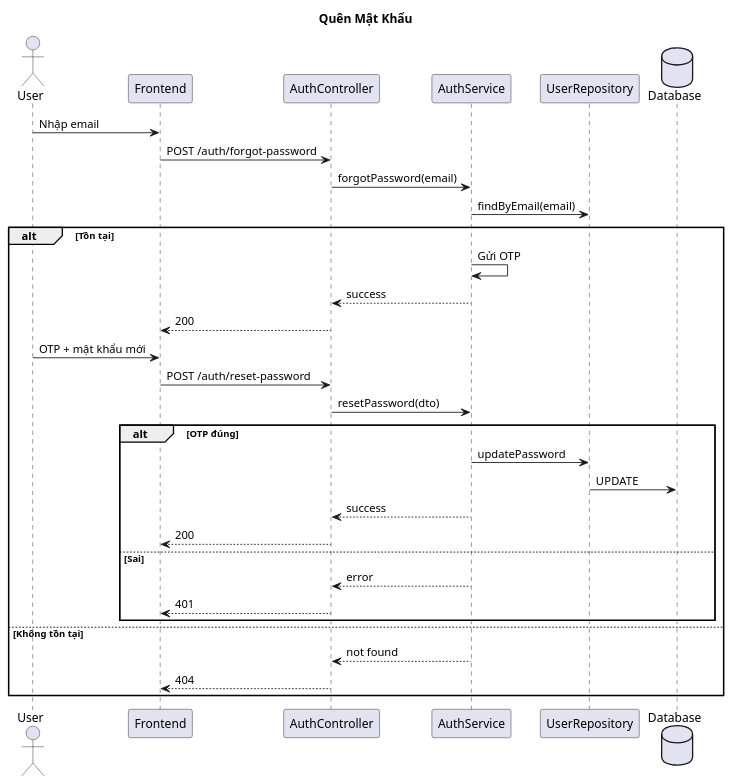
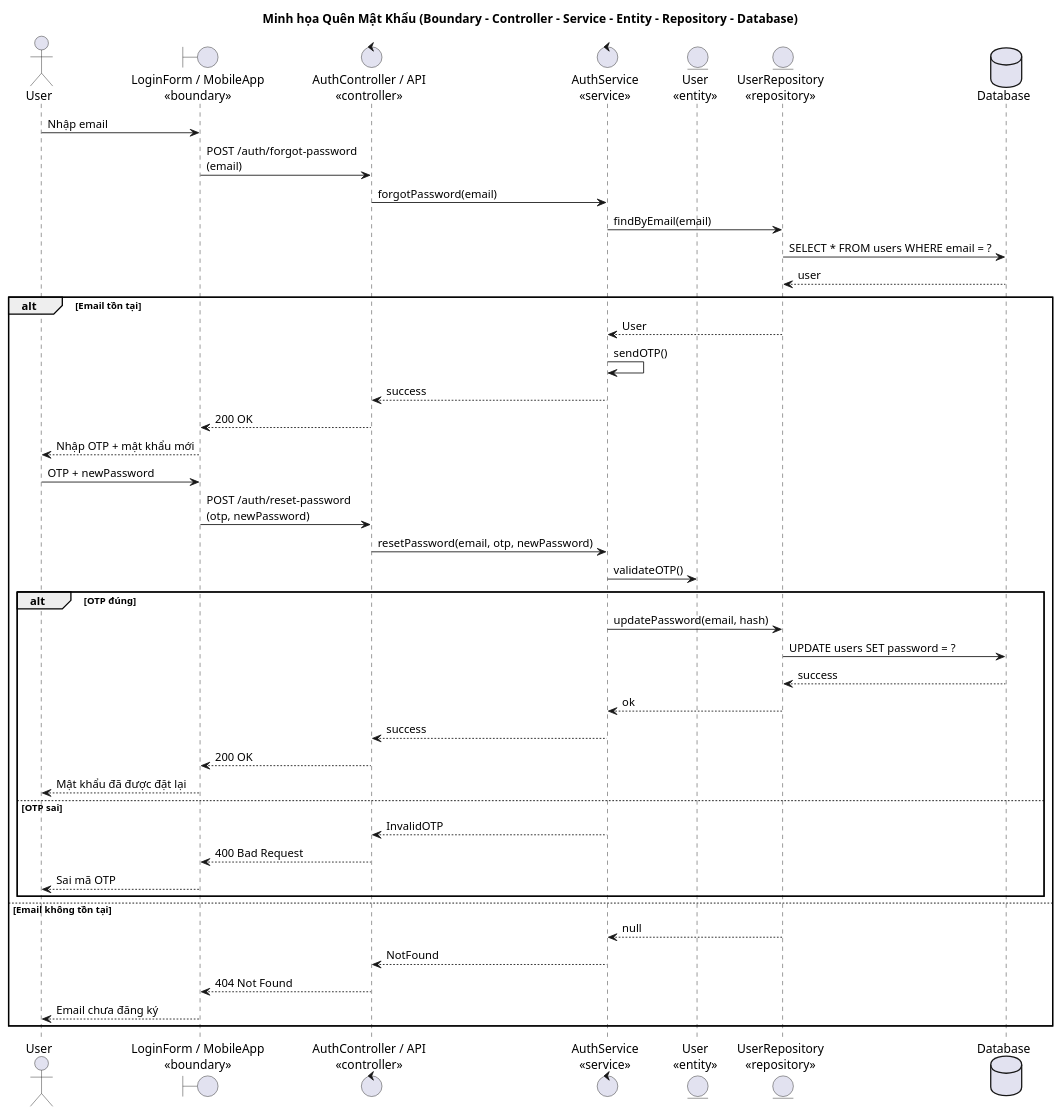
Before and after one commit to BuiThaiBao/Propify: the diagram in docs/sequence-diagram-quen-mat-khau.md, drawn with PlantUML. The commit also changed other lines of this file and 12 other files, not shown here.

Commit message:
feat: update sequence diagrams to include detailed interactions and 3-layer architecture representation

````diff
--- a/docs/sequence-diagram-quen-mat-khau.md
+++ b/docs/sequence-diagram-quen-mat-khau.md
@@ -3,37 +3,49 @@
 ```plantuml
 @startuml
-title Quên Mật Khẩu
+title Minh họa Quên Mật Khẩu (Boundary - Controller - Service - Entity - Repository - Database)
 
 actor "User" as User
-participant "Frontend" as FE
-participant "AuthController" as Controller
-participant "AuthService" as Service
-participant "UserRepository" as Repo
+boundary "LoginForm / MobileApp\n«boundary»" as FE
+control "AuthController / API\n«controller»" as Controller
+control "AuthService\n«service»" as Service
+entity "User\n«entity»" as Entity
+entity "UserRepository\n«repository»" as Repo
 database "Database" as DB
 
 User -> FE: Nhập email
-FE -> Controller: POST /auth/forgot-password
+FE -> Controller: POST /auth/forgot-password\n(email)
 Controller -> Service: forgotPassword(email)
 Service -> Repo: findByEmail(email)
-alt Tồn tại
-  Service -> Service: Gửi OTP
+Repo -> DB: SELECT * FROM users WHERE email = ?
+DB --> Repo: user
+alt Email tồn tại
+  Repo --> Service: User
+  Service -> Service: sendOTP()
   Service --> Controller: success
-  Controller --> FE: 200
-  User -> FE: OTP + mật khẩu mới
-  FE -> Controller: POST /auth/reset-password
-  Controller -> Service: resetPassword(dto)
+  Controller --> FE: 200 OK
+  FE --> User: Nhập OTP + mật khẩu mới
+  User -> FE: OTP + newPassword
+  FE -> Controller: POST /auth/reset-password\n(otp, newPassword)
+  Controller -> Service: resetPassword(email, otp, newPassword)
+  Service -> Entity: validateOTP()
   alt OTP đúng
-    Service -> Repo: updatePassword
-    Repo -> DB: UPDATE
+    Service -> Repo: updatePassword(email, hash)
+    Repo -> DB: UPDATE users SET password = ?
+    DB --> Repo: success
+    Repo --> Service: ok
     Service --> Controller: success
-    Controller --> FE: 200
-  else Sai
-    Service --> Controller: error
-    Controller --> FE: 401
+    Controller --> FE: 200 OK
+    FE --> User: Mật khẩu đã được đặt lại
+  else OTP sai
+    Service --> Controller: InvalidOTP
+    Controller --> FE: 400 Bad Request
+    FE --> User: Sai mã OTP
   end
-else Không tồn tại
-  Service --> Controller: not found
-  Controller --> FE: 404
+else Email không tồn tại
+  Repo --> Service: null
+  Service --> Controller: NotFound
+  Controller --> FE: 404 Not Found
+  FE --> User: Email chưa đăng ký
 end
 @enduml
 ```
````
